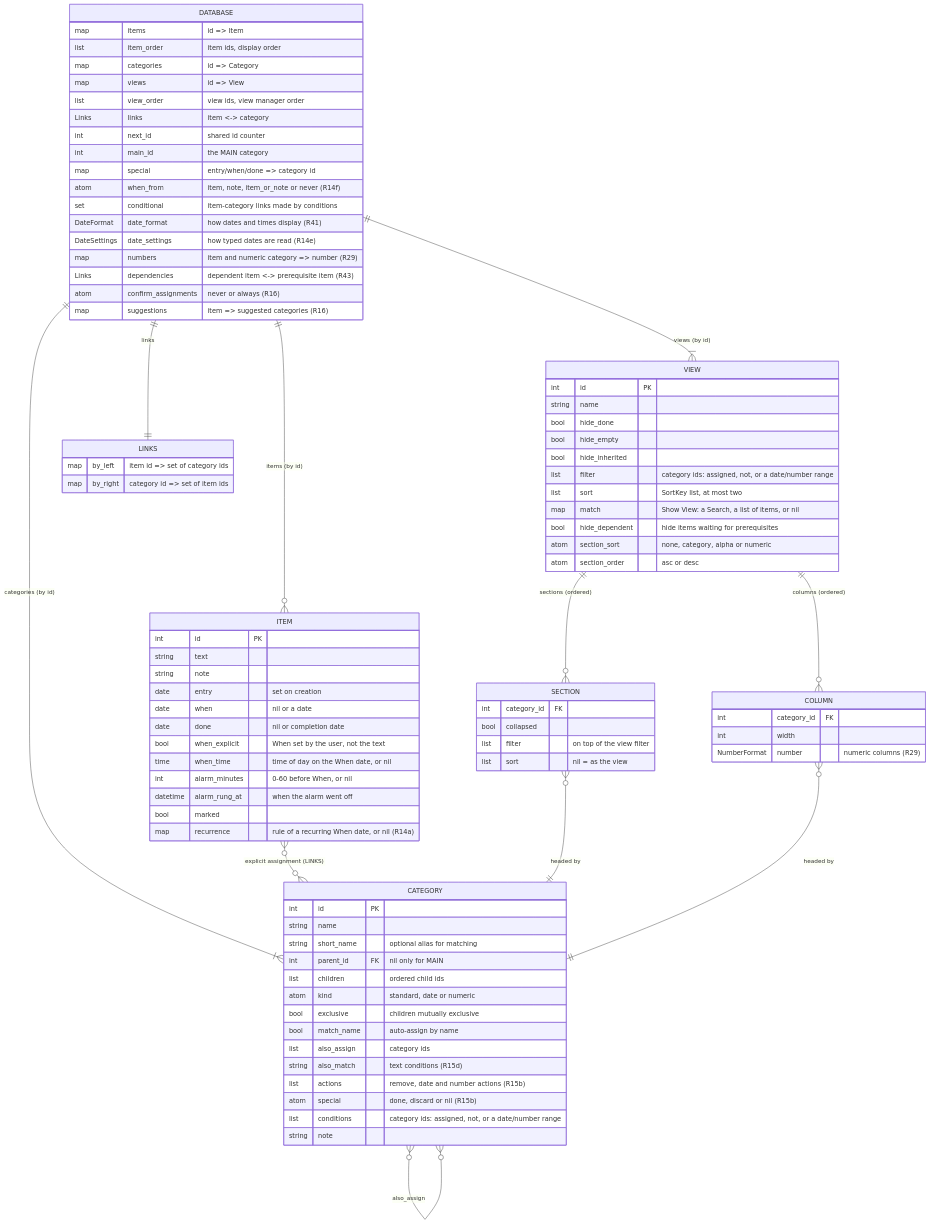
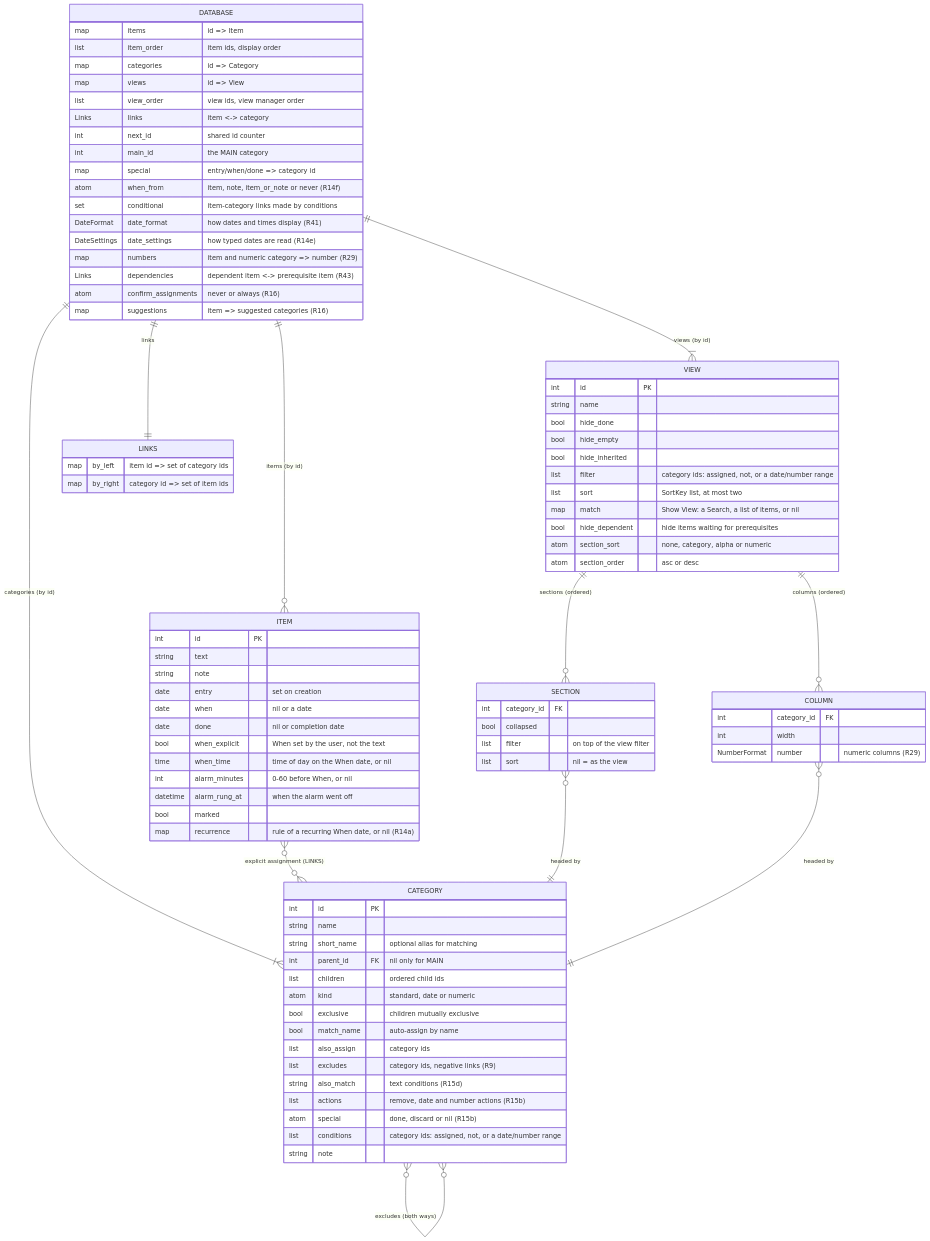
One commit to jamting/agendum changed the first of 6 diagrams in docs/DATA_MODEL.md. Above: the diagram before and after it, drawn with Mermaid. The commit also changed other lines of this file and 12 other files, not shown here.

First line of the commit message:
Add general negative links between categories

```diff
--- a/docs/DATA_MODEL.md
+++ b/docs/DATA_MODEL.md
@@ -18,6 +18,7 @@
     CATEGORY ||--o{ CATEGORY : "children (ordered)"
     ITEM }o--o{ CATEGORY : "explicit assignment (LINKS)"
     CATEGORY }o--o{ CATEGORY : "also_assign"
+    CATEGORY }o--o{ CATEGORY : "excludes (both ways)"
     VIEW ||--o{ SECTION : "sections (ordered)"
     VIEW ||--o{ COLUMN : "columns (ordered)"
     SECTION }o--|| CATEGORY : "headed by"
@@ -66,6 +67,7 @@
         bool exclusive "children mutually exclusive"
         bool match_name "auto-assign by name"
         list also_assign "category ids"
+        list excludes "category ids, negative links (R9)"
         string also_match "text conditions (R15d)"
         list actions "remove, date and number actions (R15b)"
         atom special "done, discard or nil (R15b)"
```
